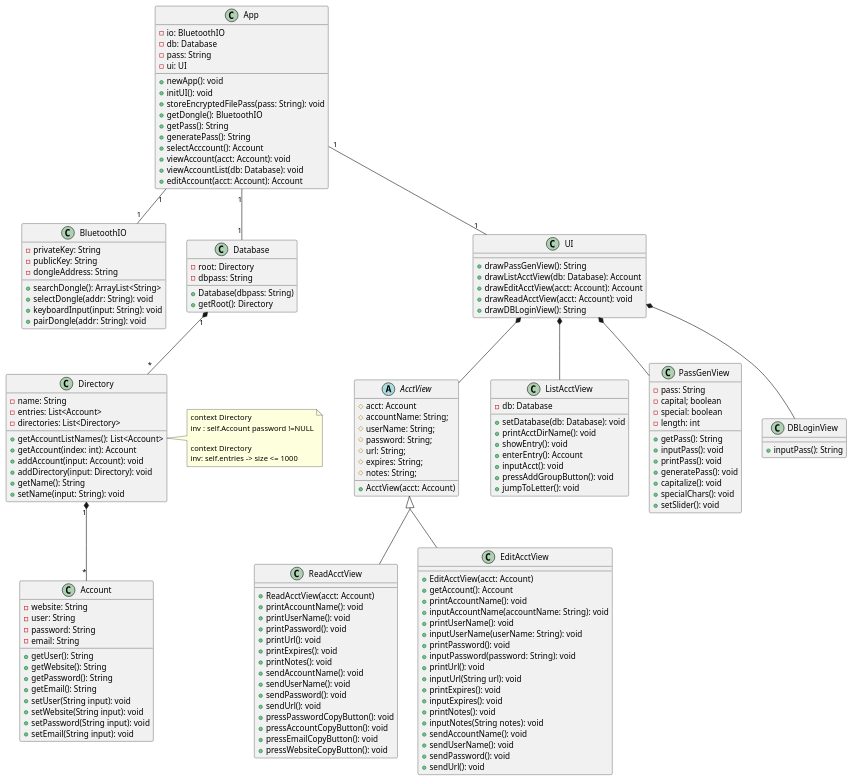
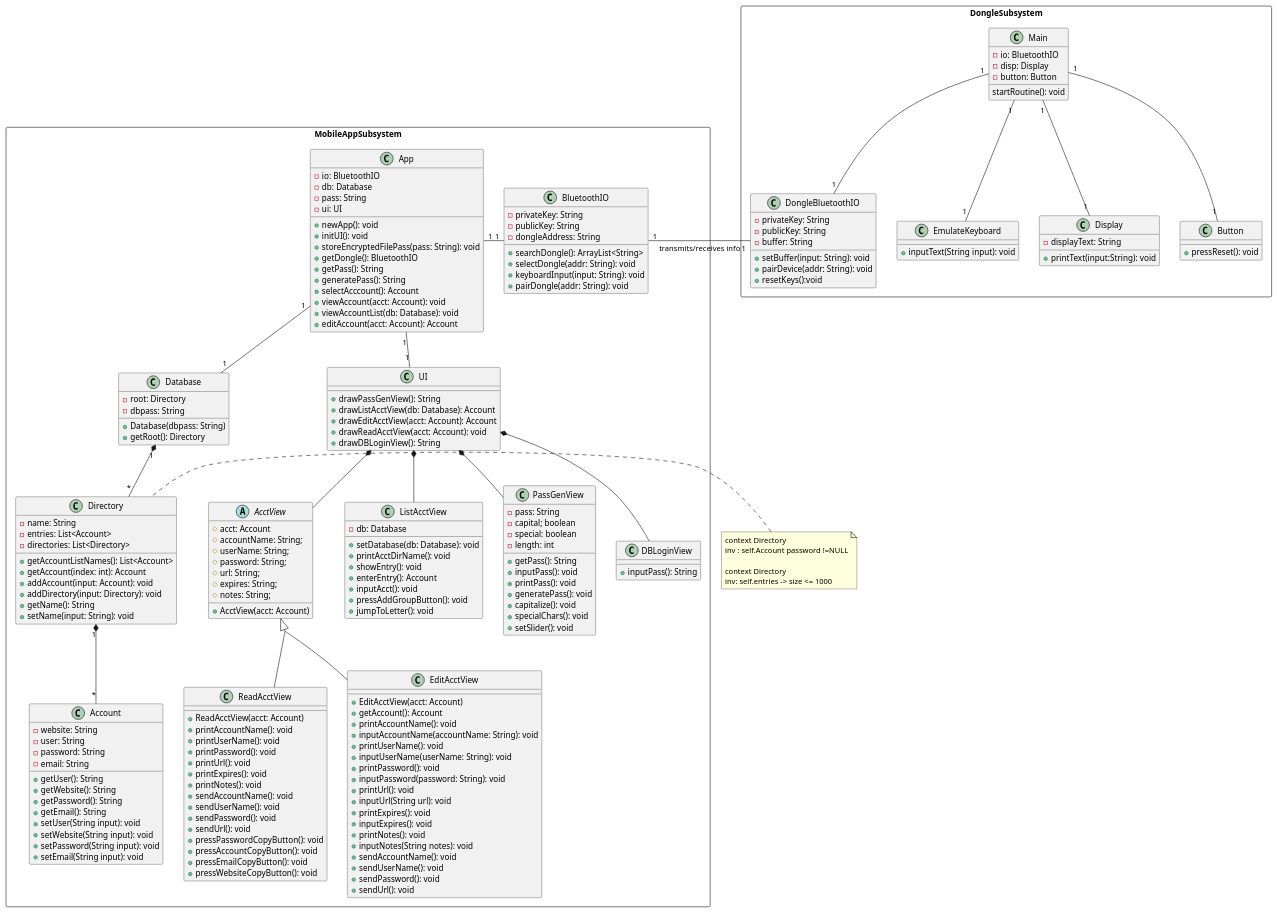
Before and after one commit to gentmantan/cen4010groupproject: the diagram in docs/diag/group/class1.plantuml, drawn with PlantUML. The commit also changed 3 other files, not shown here.

Commit message:
Add new dongle subsystem

```diff
--- a/docs/diag/group/class1.plantuml
+++ b/docs/diag/group/class1.plantuml
@@ -1,49 +1,50 @@
 @startuml
 skinparam groupInheritance 2
 
-class App {
-  -io: BluetoothIO
-  -db: Database
-  -pass: String
-  -ui: UI
-  +newApp(): void
-  +initUI(): void
-  +storeEncryptedFilePass(pass: String): void
-  +getDongle(): BluetoothIO
-  +getPass(): String
-  +generatePass(): String
-  +selectAcccount(): Account
-  +viewAccount(acct: Account): void
-  +viewAccountList(db: Database): void
-  +editAccount(acct: Account): Account
-}
+package MobileAppSubsystem <<Rectangle>> {
+  class App {
+    -io: BluetoothIO
+    -db: Database
+    -pass: String
+    -ui: UI
+    +newApp(): void
+    +initUI(): void
+    +storeEncryptedFilePass(pass: String): void
+    +getDongle(): BluetoothIO
+    +getPass(): String
+    +generatePass(): String
+    +selectAcccount(): Account
+    +viewAccount(acct: Account): void
+    +viewAccountList(db: Database): void
+    +editAccount(acct: Account): Account
+  }
 
-class BluetoothIO {
-  -privateKey: String
-  -publicKey: String
-  -dongleAddress: String
-  +searchDongle(): ArrayList<String>
-  +selectDongle(addr: String): void
-  +keyboardInput(input: String): void
-  +pairDongle(addr: String): void
-}
+  class BluetoothIO {
+    -privateKey: String
+    -publicKey: String
+    -dongleAddress: String
+    +searchDongle(): ArrayList<String>
+    +selectDongle(addr: String): void
+    +keyboardInput(input: String): void
+    +pairDongle(addr: String): void
+  }
 
 'class EncryptedFile {
 ''  -Database db
 ''  +EncryptedFile(){
 ''  }
 ''}
-    class Directory {
-      -name: String
-      -entries: List<Account>
-      -directories: List<Directory>
-      +getAccountListNames(): List<Account>
-      +getAccount(index: int): Account
-      +addAccount(input: Account): void
-      +addDirectory(input: Directory): void
-      +getName(): String
-      +setName(input: String): void
-    }
+  class Directory {
+    -name: String
+    -entries: List<Account>
+    -directories: List<Directory>
+    +getAccountListNames(): List<Account>
+    +getAccount(index: int): Account
+    +addAccount(input: Account): void
+    +addDirectory(input: Directory): void
+    +getName(): String
+    +setName(input: String): void
+  }
 
     class Database{
       -root: Directory
@@ -152,9 +153,45 @@
       +sendUserName(): void
       +sendPassword(): void
       +sendUrl(): void
+      }
     }
 
-App "1" -- "1" BluetoothIO
+    package DongleSubsystem <<Rectangle>> {
+      class Main{
+        -io: BluetoothIO
+        -disp: Display
+        -button: Button
+        startRoutine(): void
+      }
+      class DongleBluetoothIO {
+        -privateKey: String
+        -publicKey: String
+        -buffer: String
+        +setBuffer(input: String): void
+        +pairDevice(addr: String): void
+        +resetKeys():void
+      }
+
+      class EmulateKeyboard {
+        +inputText(String input): void
+      }
+
+      class Display {
+        -displayText: String
+        +printText(input:String): void
+      }
+
+      class Button {
+        +pressReset(): void
+      }
+    }
+
+    Main "1" -- "1" DongleBluetoothIO
+    Main "1" -- "1" EmulateKeyboard
+    Main "1" -- "1" Display
+    Main "1" -- "1" Button
+    BluetoothIO "1" -right- "1" DongleBluetoothIO : transmits/receives info
+App "1" -right- "1" BluetoothIO
 
 'App "1" -- "1" EncryptedFile
 'EncryptedFile "1" *-- "1" Database
@@ -165,7 +202,7 @@
 App "1" -- "1" UI
 UI *--  AcctView
 
-note right of Directory
+note left of Directory
   context Directory
   inv : self.Account password !=NULL
 
```
